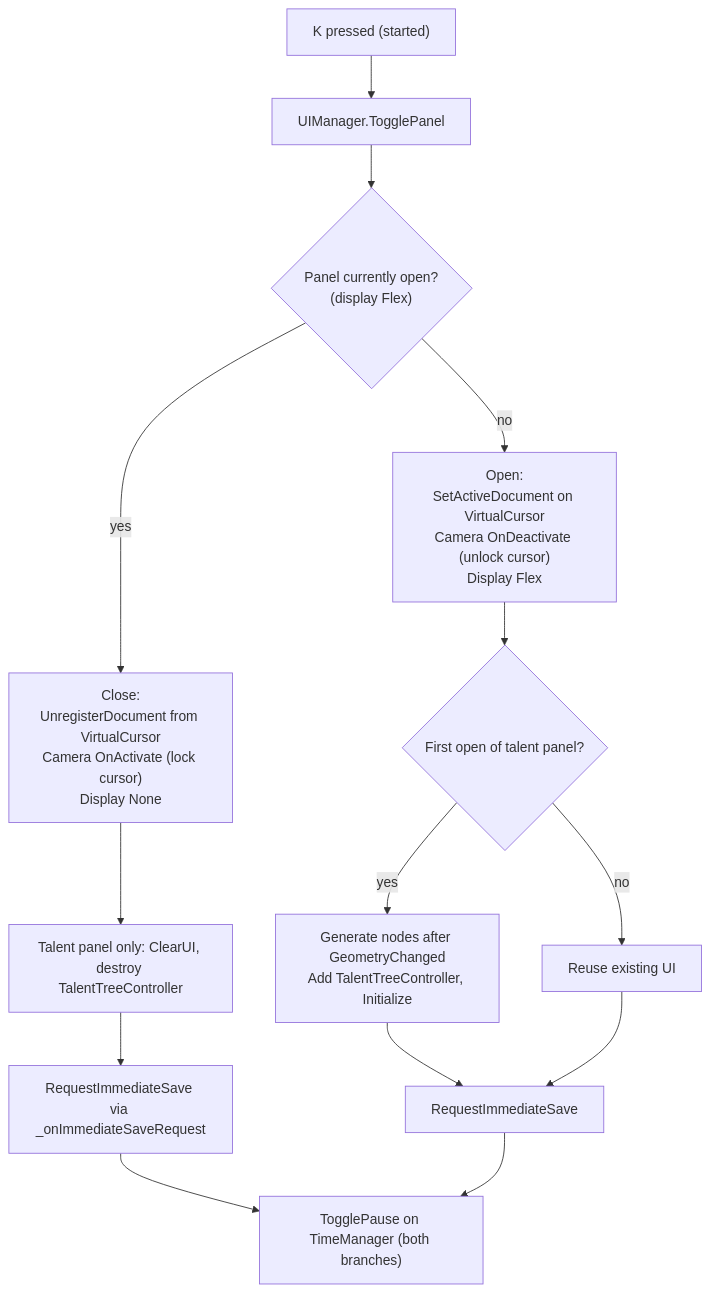
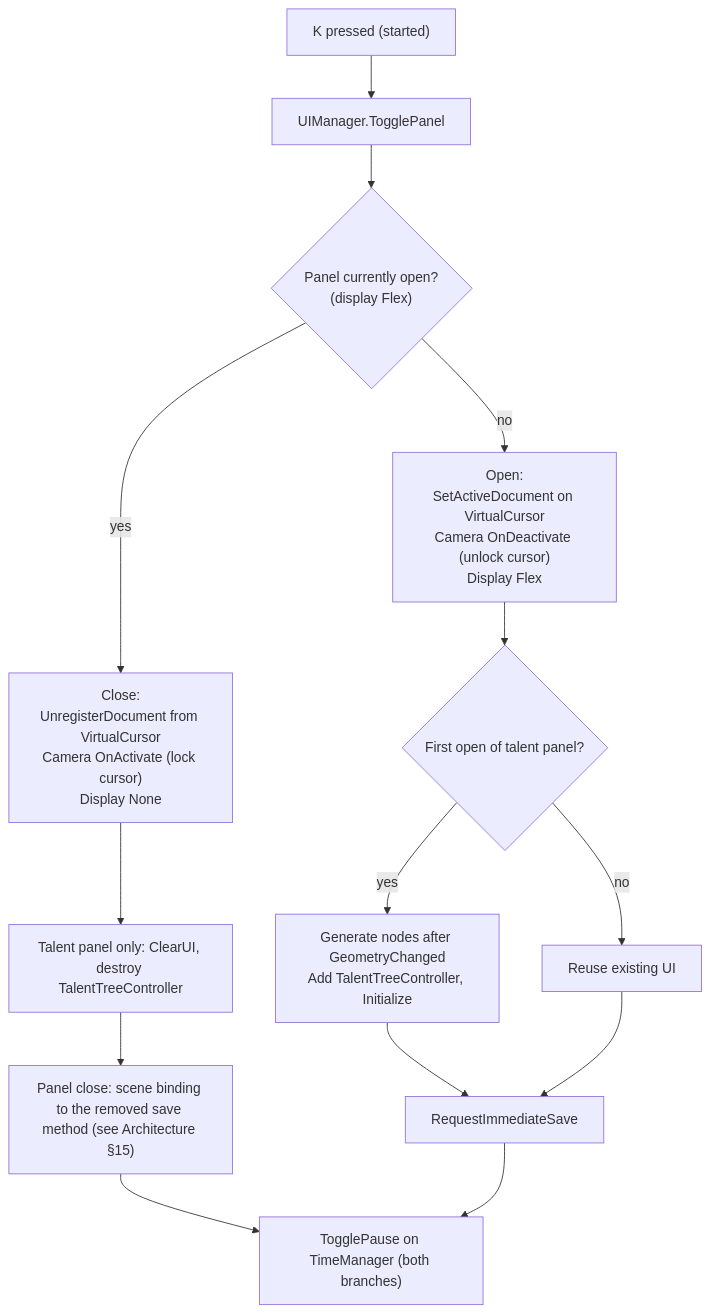
Before and after one commit to Relativ9/Sol: the ninth of 17 diagrams in Docs/DECISION_TREES.md, drawn with Mermaid. The commit also changed other lines of this file and 29 other files, not shown here.

````diff
--- a/Docs/DECISION_TREES.md
+++ b/Docs/DECISION_TREES.md
@@ -164,16 +182,16 @@
 ```mermaid
 flowchart TD
   A["K pressed (started)"] --> B["UIManager.TogglePanel"]
   B --> C{"Panel currently open?\n(display Flex)"}
   C -- yes --> D["Close:\nUnregisterDocument from VirtualCursor\nCamera OnActivate (lock cursor)\nDisplay None"]
   D --> E["Talent panel only: ClearUI, destroy TalentTreeController"]
-  E --> F["RequestImmediateSave via _onImmediateSaveRequest"]
+  E --> F["Panel close: scene binding to the removed save method (see Architecture §15)"]
   C -- no --> G["Open:\nSetActiveDocument on VirtualCursor\nCamera OnDeactivate (unlock cursor)\nDisplay Flex"]
   G --> H{"First open of talent panel?"}
   H -- yes --> I["Generate nodes after GeometryChanged\nAdd TalentTreeController, Initialize"]
   H -- no --> J["Reuse existing UI"]
   I --> K["RequestImmediateSave"]
   J --> K
   F --> L["TogglePause on TimeManager (both branches)"]
   K --> L
 ```
````
